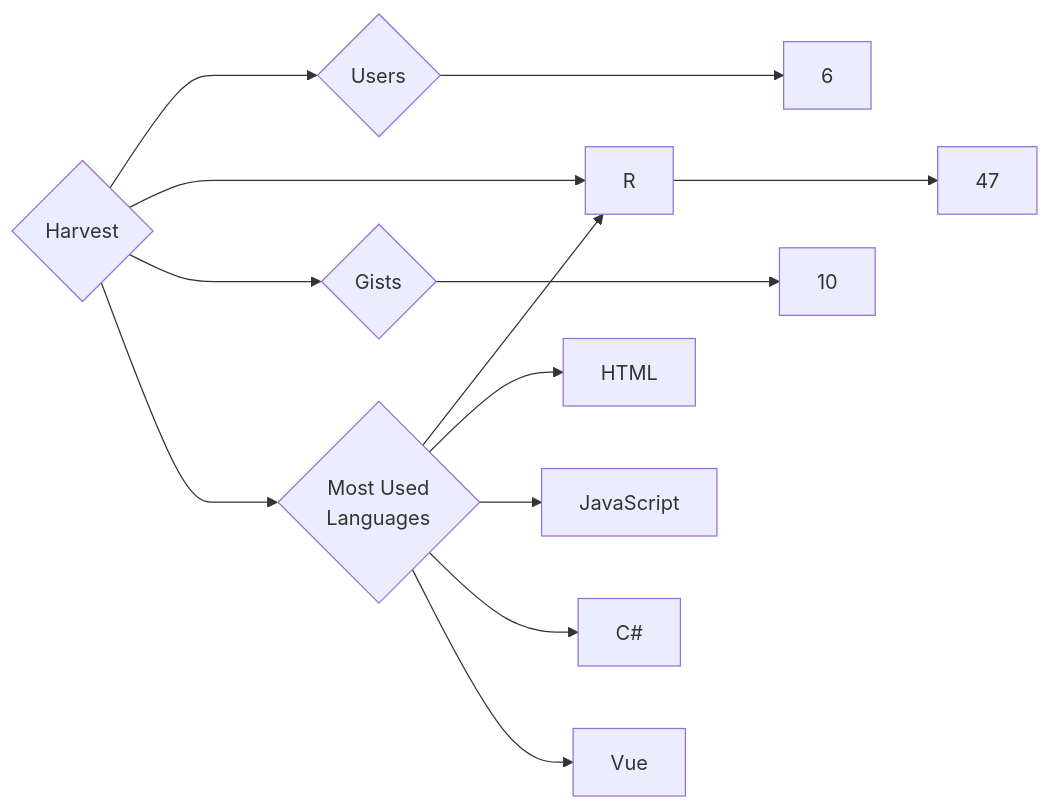
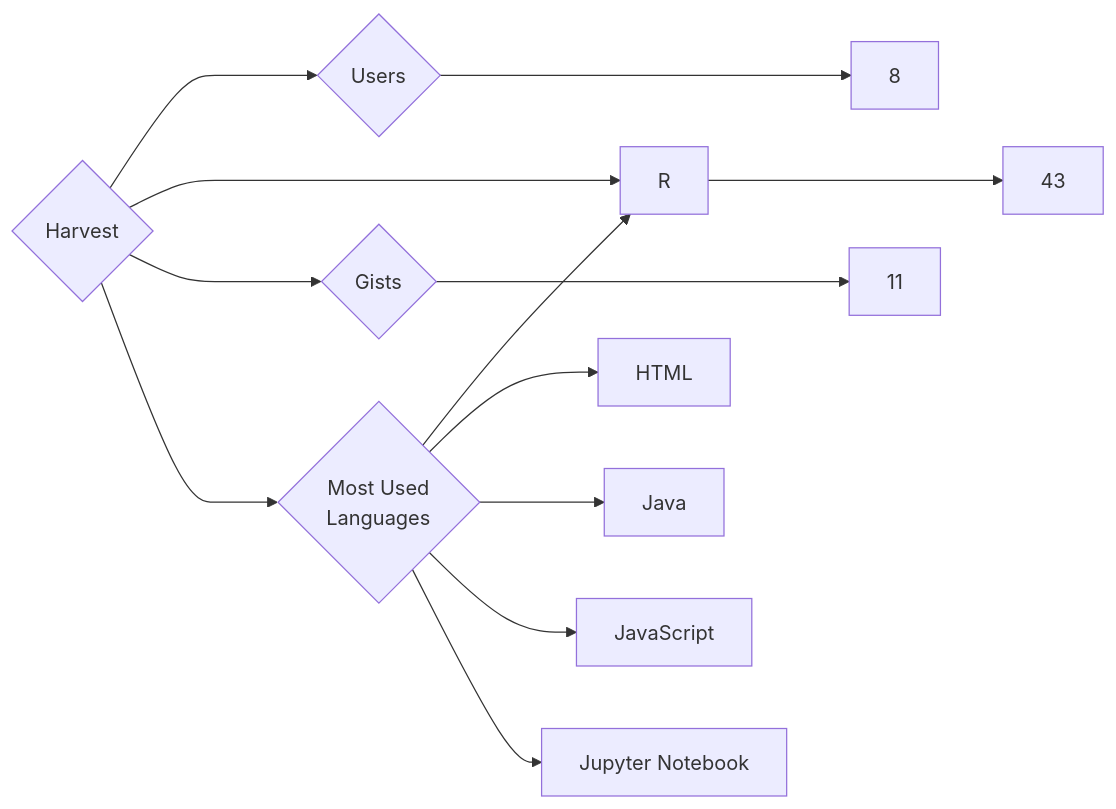
Before and after one commit to trickest/insiders: the diagram in targets/Harvest/README.md, drawn with Mermaid. The commit also changed 934 other files, not shown here.

````diff
--- a/targets/Harvest/README.md
+++ b/targets/Harvest/README.md
@@ -3,13 +3,13 @@
 ```mermaid
 graph LR
 COMPANY_NAME{Harvest}
-COMPANY_NAME ---> U{Users} ---> UN[6]
-COMPANY_NAME ---> R{Repositories} ---> RN[47]
-COMPANY_NAME ---> G{Gists} ---> GN[10]
+COMPANY_NAME ---> U{Users} ---> UN[8]
+COMPANY_NAME ---> R{Repositories} ---> RN[43]
+COMPANY_NAME ---> G{Gists} ---> GN[11]
 COMPANY_NAME ---> ML{Most Used<br>Languages}
 ML --> R[R]
 ML --> HTML[HTML]
+ML --> Java[Java]
 ML --> JavaScript[JavaScript]
-ML --> C#[C#]
-ML --> Vue[Vue]
+ML --> Jupyter_Notebook[Jupyter Notebook]
 ```
````
